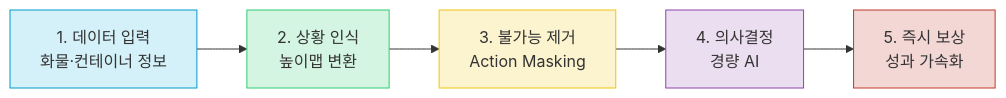
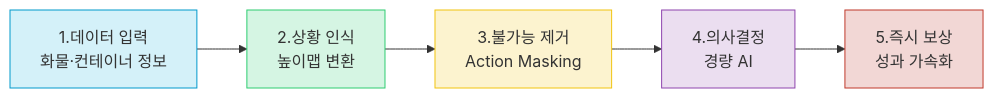
One commit to minajwsy/RL-3DbinPacking changed diagram 14 of 25 in docs/커서chat내용Export/커서Q&A0823a-사장보고서.md. Above: the diagram before and after it, drawn with Mermaid. The commit also changed other lines of this file, not shown here.

````diff
--- a/docs/커서chat내용Export/커서Q&A0823a-사장보고서.md
+++ b/docs/커서chat내용Export/커서Q&A0823a-사장보고서.md
@@ -577,13 +577,13 @@
 ```mermaid
 flowchart LR
-    A[1. 데이터 입력<br/>화물·컨테이너 정보] --> B[2. 상황 인식<br/>높이맵 변환]
-    B --> C[3. 불가능 제거<br/>Action Masking]
-    C --> D[4. 의사결정<br/>경량 AI]
-    D --> E[5. 즉시 보상<br/>성과 가속화]
+    A[1.데이터 입력<br/>화물·컨테이너 정보] --> B[2.상황 인식<br/>높이맵 변환]
+    B --> C[3.불가능 제거<br/>Action Masking]
+    C --> D[4.의사결정<br/>경량 AI]
+    D --> E[5.즉시 보상<br/>성과 가속화]
     
     style A fill:#d4f1f9,stroke:#0099cc
     style B fill:#d5f5e3,stroke:#2ecc71
     style C fill:#fcf3cf,stroke:#f1c40f
     style D fill:#ebdef0,stroke:#8e44ad
     style E fill:#f2d7d5,stroke:#c0392b
 ```
````
